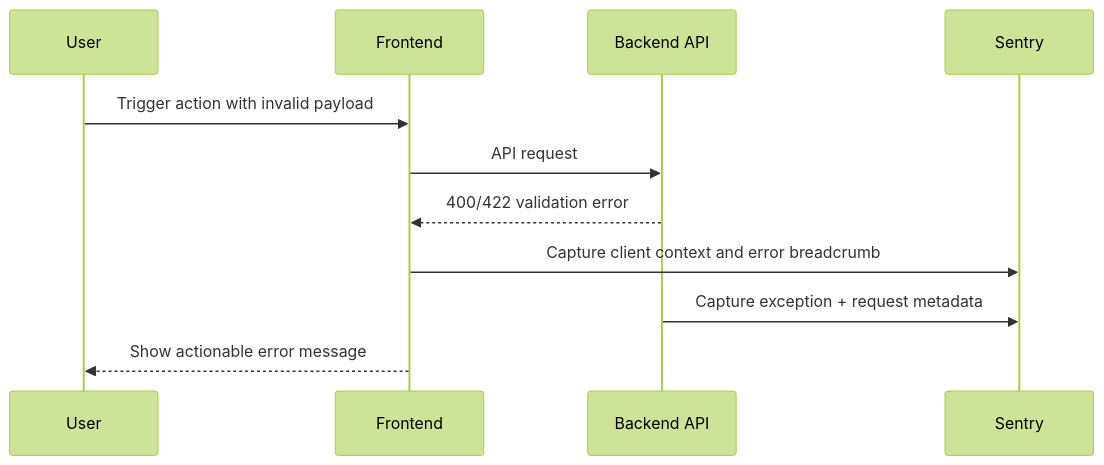
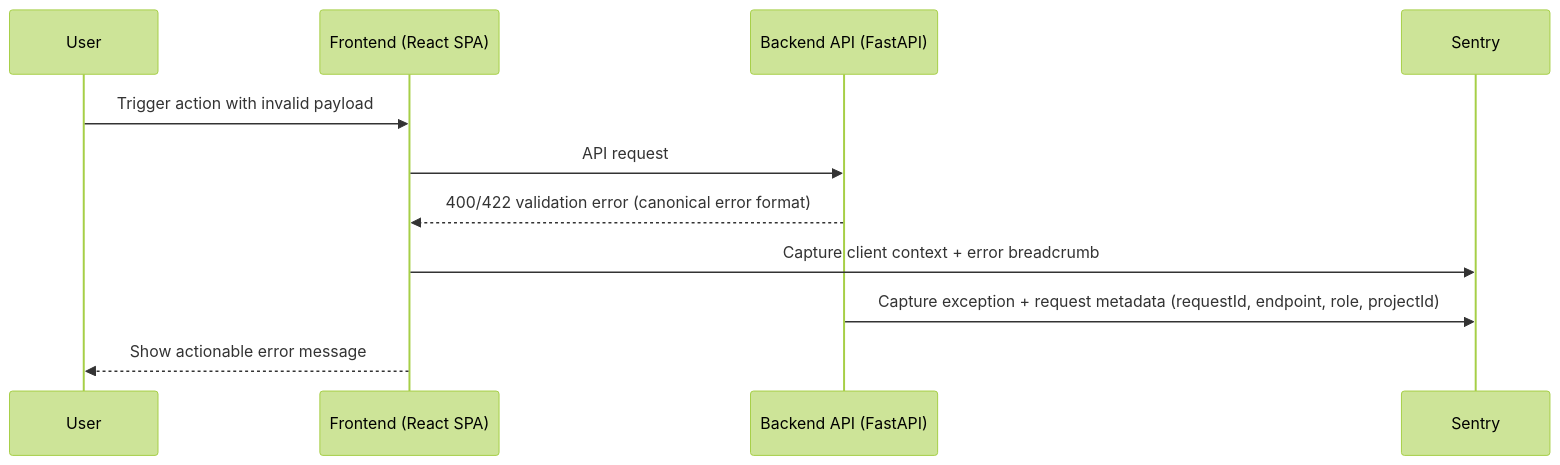
One commit to alonsovndev/open-projects-hub-docs changed the fifth of 13 diagrams in docs/03-architecture/diagrams/sequence-diagrams.md. Above: the diagram before and after it, drawn with Mermaid (forest theme). The commit also changed other lines of this file and 1 other file, not shown here.

Commit message:
docs: add mermaid sequence diagrams

````diff
--- a/docs/03-architecture/diagrams/sequence-diagrams.md
+++ b/docs/03-architecture/diagrams/sequence-diagrams.md
@@ -102,14 +117,14 @@
 ```mermaid
 sequenceDiagram
     participant User
-    participant FE as Frontend
-    participant BE as Backend API
+    participant FE as Frontend (React SPA)
+    participant BE as Backend API (FastAPI)
     participant Sentry
 
     User->>FE: Trigger action with invalid payload
     FE->>BE: API request
-    BE-->>FE: 400/422 validation error
-    FE->>Sentry: Capture client context and error breadcrumb
-    BE->>Sentry: Capture exception + request metadata
+    BE-->>FE: 400/422 validation error (canonical error format)
+    FE->>Sentry: Capture client context + error breadcrumb
+    BE->>Sentry: Capture exception + request metadata (requestId, endpoint, role, projectId)
     FE-->>User: Show actionable error message
 ```
````
